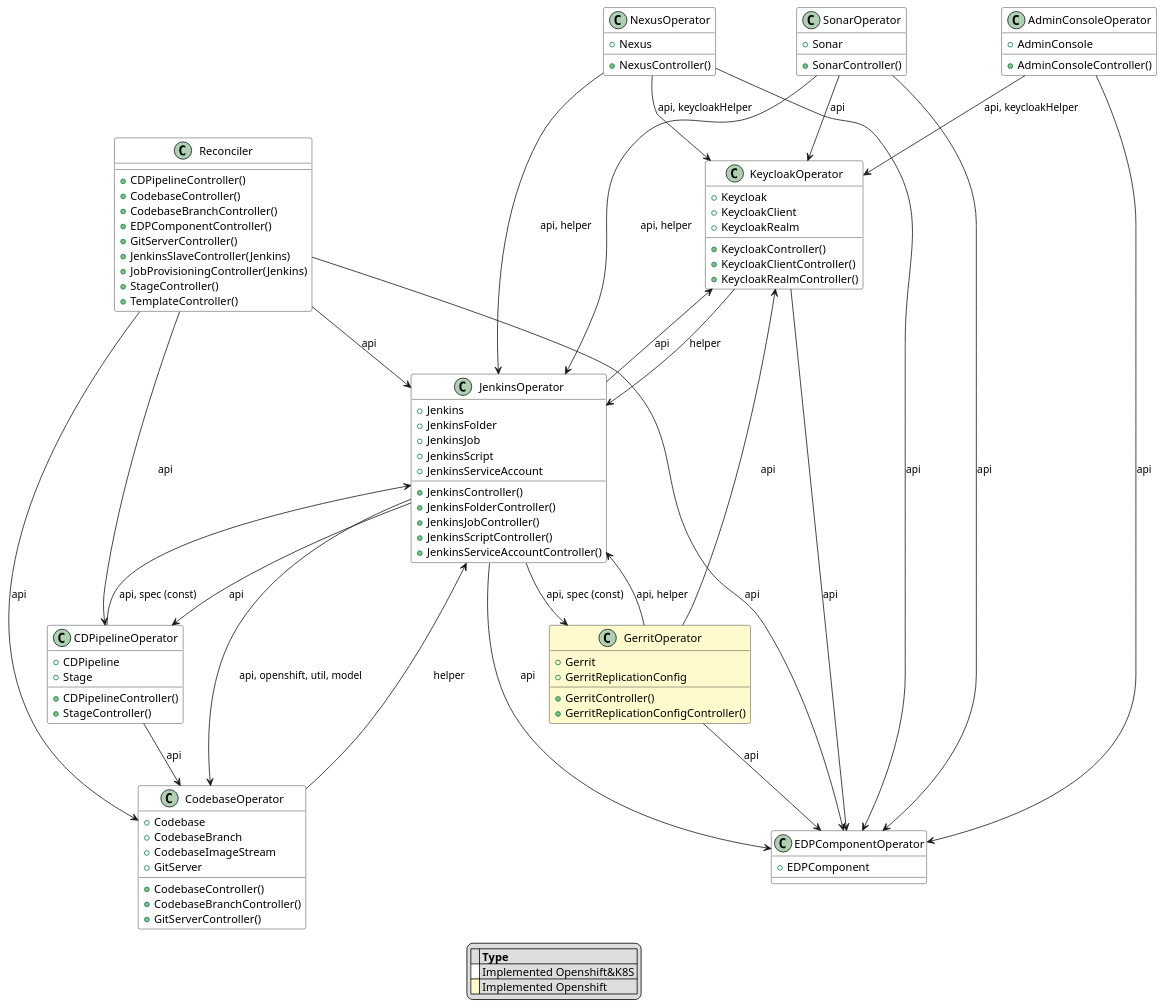
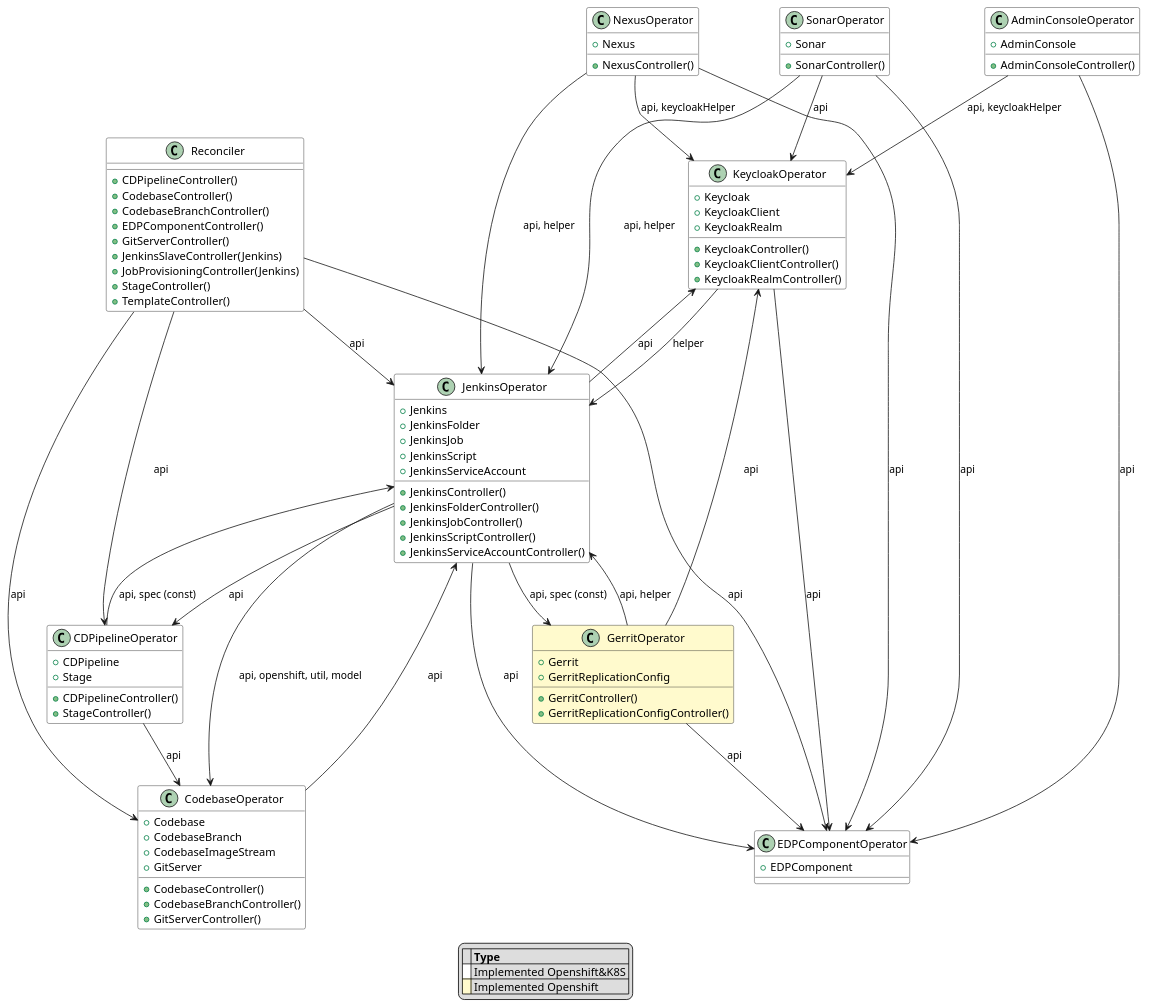
Before and after one commit to epam/edp-architecture: the diagram in module-based-acrhitecture/entity-model/operators-class.puml, drawn with PlantUML.

Commit message:
[ARCH] Minor changes to diagram

```diff
--- a/module-based-acrhitecture/entity-model/operators-class.puml
+++ b/module-based-acrhitecture/entity-model/operators-class.puml
@@ -1,107 +1,107 @@
 @startuml
 
 skinparam class {
     BackgroundColor #white
 }
 
 class AdminConsoleOperator {
 +AdminConsole
 +AdminConsoleController()
 }
 class CDPipelineOperator {
 +CDPipeline
 +Stage
 +CDPipelineController()
 +StageController()
 }
 class CodebaseOperator {
 +Codebase
 +CodebaseBranch
 +CodebaseImageStream
 +GitServer
 +CodebaseController()
 +CodebaseBranchController()
 +GitServerController()
 }
 class EDPComponentOperator {
 +EDPComponent
 }
 class GerritOperator #lemonchiffon {
 +Gerrit
 +GerritReplicationConfig
 +GerritController()
 +GerritReplicationConfigController()
 }
 class JenkinsOperator {
 +Jenkins
 +JenkinsFolder
 +JenkinsJob
 +JenkinsScript
 +JenkinsServiceAccount
 +JenkinsController()
 +JenkinsFolderController()
 +JenkinsJobController()
 +JenkinsScriptController()
 +JenkinsServiceAccountController()
 }
 class KeycloakOperator {
 +Keycloak
 +KeycloakClient
 +KeycloakRealm
 +KeycloakController()
 +KeycloakClientController()
 +KeycloakRealmController()
 }
 class NexusOperator  {
 +Nexus
 +NexusController()
 }
 class SonarOperator {
 +Sonar
 +SonarController()
 }
 class Reconciler {
 +CDPipelineController()
 +CodebaseController()
 +CodebaseBranchController()
 +EDPComponentController()
 +GitServerController()
 +JenkinsSlaveController(Jenkins)
 +JobProvisioningController(Jenkins)
 +StageController()
 +TemplateController()
 }
 
 AdminConsoleOperator --> EDPComponentOperator : api
 AdminConsoleOperator --> KeycloakOperator : api, keycloakHelper
 CDPipelineOperator --> CodebaseOperator : api
 CDPipelineOperator --> JenkinsOperator : api, spec (const)
-CodebaseOperator --> JenkinsOperator : helper
+CodebaseOperator --> JenkinsOperator : api
 GerritOperator --> EDPComponentOperator : api
 GerritOperator --> JenkinsOperator : api, helper
 GerritOperator --> KeycloakOperator : api
 JenkinsOperator --> CDPipelineOperator : api
 JenkinsOperator --> CodebaseOperator : api, openshift, util, model
 JenkinsOperator --> EDPComponentOperator : api
 JenkinsOperator --> GerritOperator : api, spec (const)
 JenkinsOperator --> KeycloakOperator : api
 KeycloakOperator --> EDPComponentOperator : api
 KeycloakOperator --> JenkinsOperator : helper
 NexusOperator --> EDPComponentOperator : api
 NexusOperator --> JenkinsOperator : api, helper
 NexusOperator --> KeycloakOperator : api, keycloakHelper
 SonarOperator --> EDPComponentOperator : api
 SonarOperator --> JenkinsOperator : api, helper
 SonarOperator --> KeycloakOperator : api
 Reconciler --> CDPipelineOperator : api
 Reconciler --> CodebaseOperator : api
 Reconciler --> EDPComponentOperator : api
 Reconciler --> JenkinsOperator : api
 
 legend
 |= |= Type |
 |<back:white>   </back>| Implemented Openshift&K8S |
 |<back:#lemonchiffon>   </back>| Implemented Openshift |
 endlegend
 
 @enduml
```
